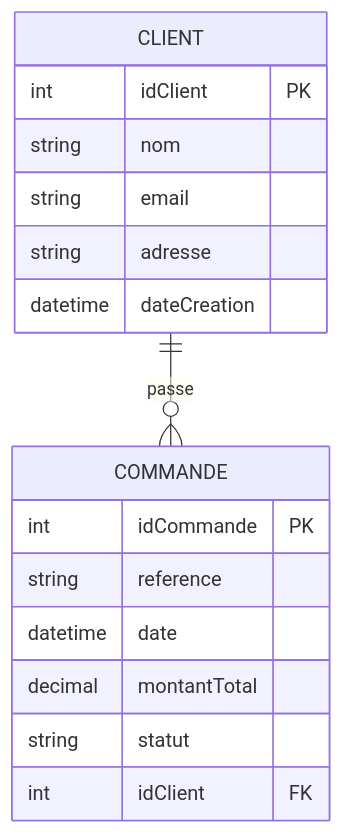
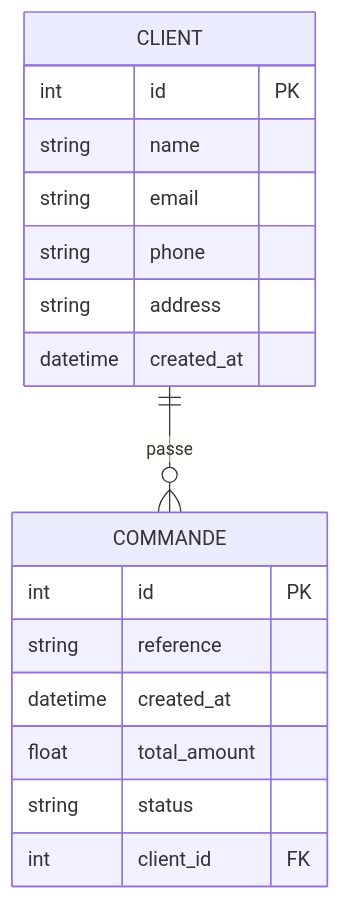
The diagram in README.md (dydou375/projet_test_citerneo), drawn with Mermaid before and after one commit. The commit also changed other lines of this file, not shown here.

````diff
--- a/README.md
+++ b/README.md
@@ -16,23 +134,20 @@
 ```mermaid
----
-config:
-  layout: elk
----
 erDiagram
     CLIENT ||--o{ COMMANDE : passe
     CLIENT {
-        int idClient PK
-        string nom
+        int id PK
+        string name
         string email
-        string adresse
-        datetime dateCreation
+        string phone
+        string address
+        datetime created_at
     }
     COMMANDE {
-        int idCommande PK
+        int id PK
         string reference
-        datetime date
-        decimal montantTotal
-        string statut
-        int idClient FK
+        datetime created_at
+        float total_amount
+        string status
+        int client_id FK
     }
 ```
````
